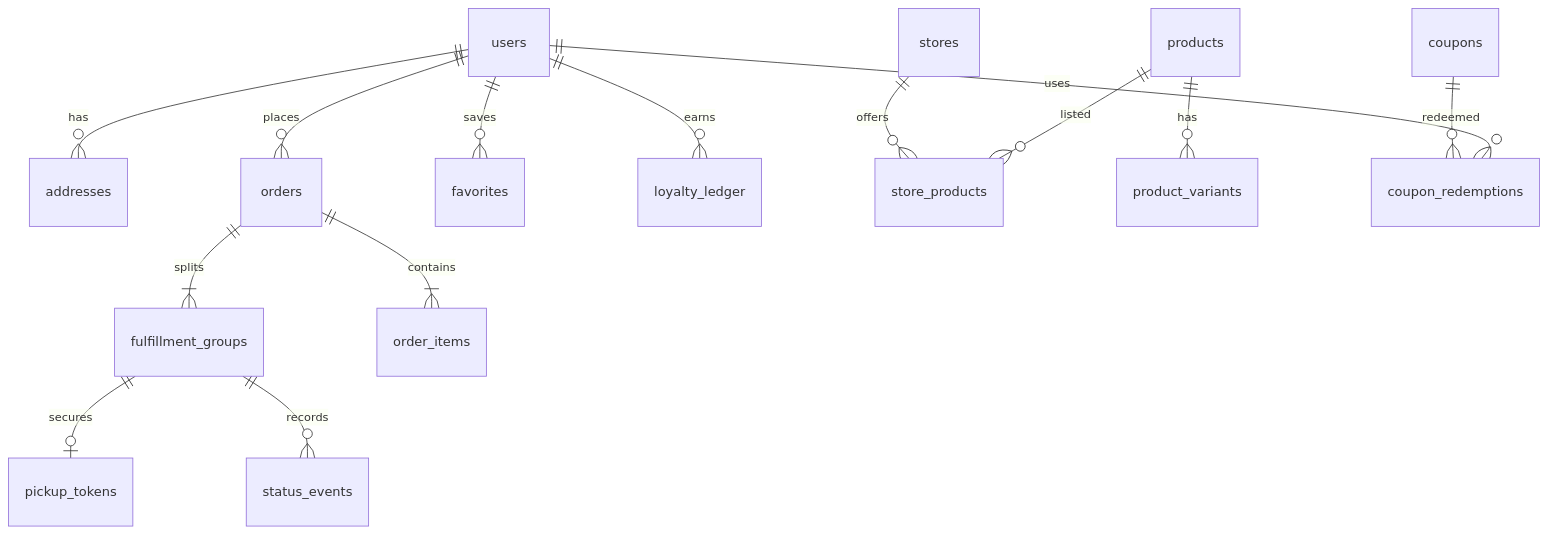
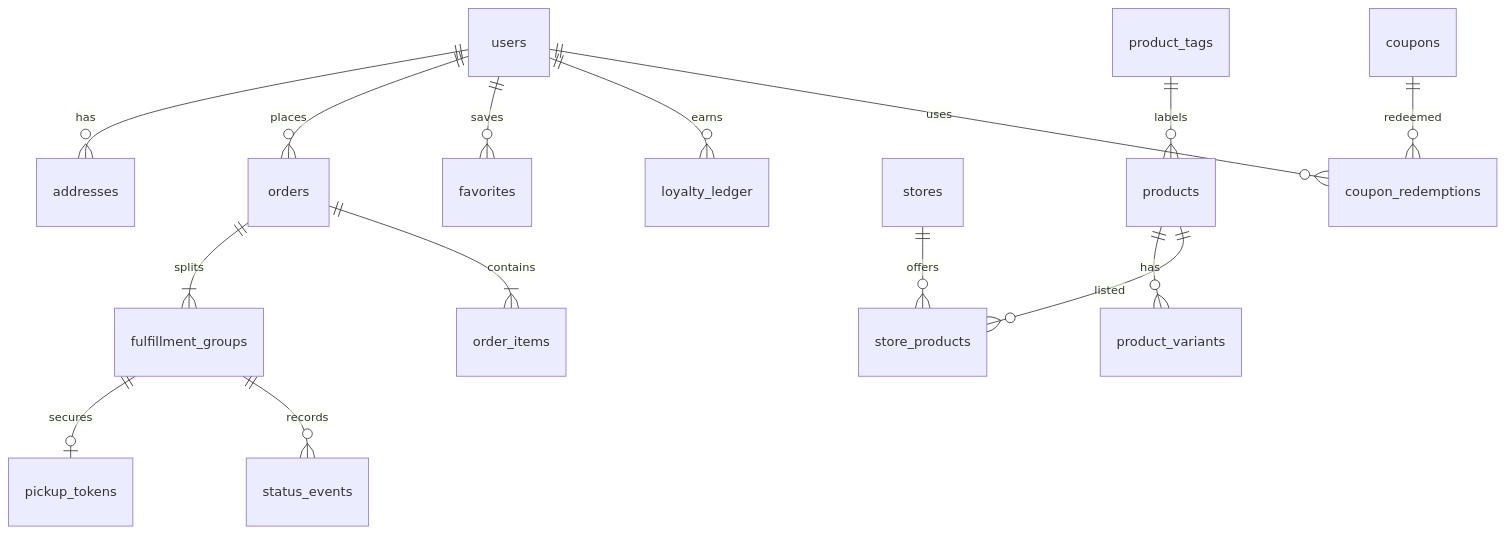
Before and after one commit to kechengyang/kiyoyo-web: the diagram in docs/03-data-model.md, drawn with Mermaid. The commit also changed other lines of this file and 7 other files, not shown here.

Commit message:
feat: add admin-managed product tags

````diff
--- a/docs/03-data-model.md
+++ b/docs/03-data-model.md
@@ -7,16 +7,17 @@
 ```mermaid
 erDiagram
   users ||--o{ addresses : has
   users ||--o{ orders : places
   users ||--o{ favorites : saves
   users ||--o{ loyalty_ledger : earns
   stores ||--o{ store_products : offers
+  product_tags ||--o{ products : labels
   products ||--o{ product_variants : has
   products ||--o{ store_products : listed
   orders ||--|{ fulfillment_groups : splits
   orders ||--|{ order_items : contains
   fulfillment_groups ||--o| pickup_tokens : secures
   fulfillment_groups ||--o{ status_events : records
   coupons ||--o{ coupon_redemptions : redeemed
   users ||--o{ coupon_redemptions : uses
 ```
````
